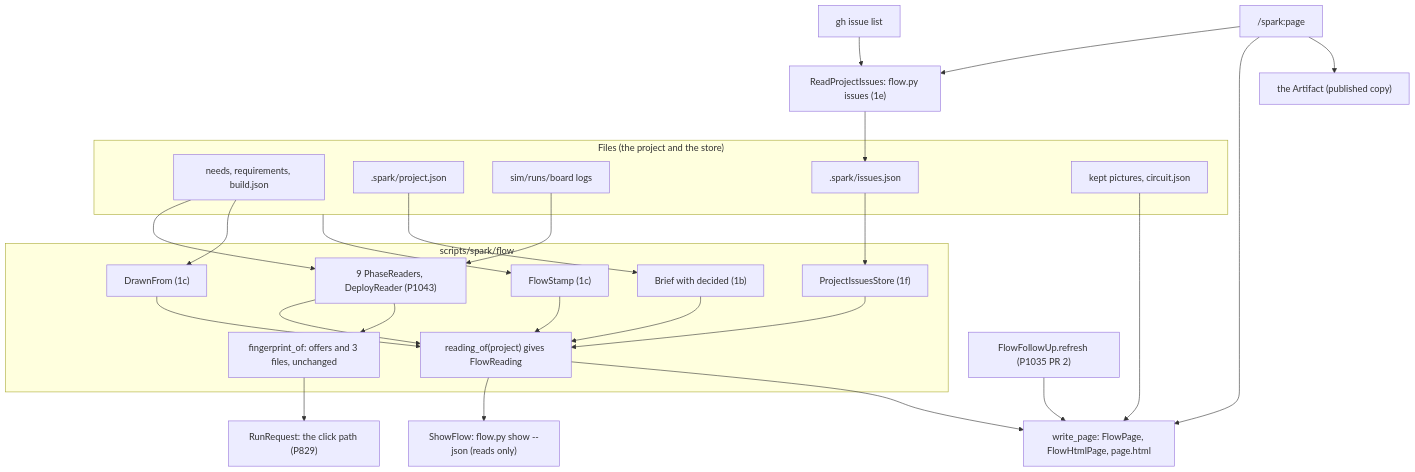
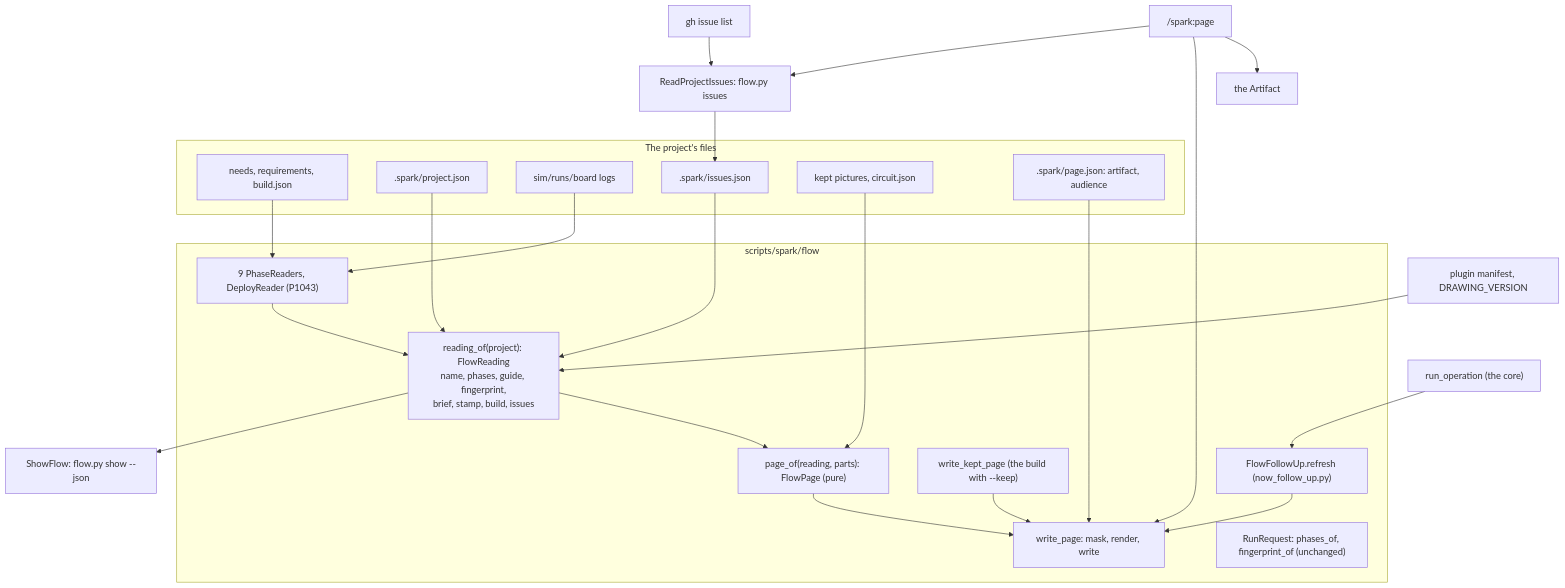
One commit to xmejkal/spark changed the first of 5 diagrams in docs/discovery/2026-11-23-p1038-page-design/design.md. Above: the diagram before and after it, drawn with Mermaid. The commit also changed other lines of this file and 1 other file, not shown here.

````diff
--- a/docs/discovery/2026-11-23-p1038-page-design/design.md
+++ b/docs/discovery/2026-11-23-p1038-page-design/design.md
@@ -43,41 +44,36 @@
 ```mermaid
 flowchart TB
-  subgraph files["Files (the project and the store)"]
+  subgraph files["The project's files"]
     F1["needs, requirements, build.json"]
     F2[".spark/project.json"]
     F3["sim/runs/board logs"]
     F4[".spark/issues.json"]
     F5["kept pictures, circuit.json"]
+    F6[".spark/page.json: artifact, audience"]
   end
   subgraph flow["scripts/spark/flow"]
     PR["9 PhaseReaders, DeployReader (P1043)"]
-    BR["Brief with decided (1b)"]
-    ST["FlowStamp (1c)"]
-    DF["DrawnFrom (1c)"]
-    IS["ProjectIssuesStore (1f)"]
-    RD["reading_of(project) gives FlowReading"]
-    FP["fingerprint_of: offers and 3 files, unchanged"]
+    RD["reading_of(project): FlowReading<br/>name, phases, guide, fingerprint,<br/>brief, stamp, build, issues"]
+    PO["page_of(reading, parts): FlowPage (pure)"]
+    WP["write_page: mask, render, write"]
+    KP["write_kept_page (the build with --keep)"]
+    RR["RunRequest: phases_of, fingerprint_of (unchanged)"]
+    FU["FlowFollowUp.refresh (now_follow_up.py)"]
   end
-  F1 --> PR
+  F1 --> PR --> RD
   F3 --> PR
-  F2 --> BR
-  F1 --> DF
-  F4 --> IS
-  files --> ST
-  PR --> RD
-  BR --> RD
-  ST --> RD
-  DF --> RD
-  IS --> RD
-  PR --> FP
-  RD --> SH["ShowFlow: flow.py show --json (reads only)"]
-  RD --> WP["write_page: FlowPage, FlowHtmlPage, page.html"]
-  F5 --> WP
-  FP --> RR["RunRequest: the click path (P829)"]
-  GH["gh issue list"] --> RI["ReadProjectIssues: flow.py issues (1e)"]
-  RI --> F4
-  HK["FlowFollowUp.refresh (P1035 PR 2)"] --> WP
+  F2 --> RD
+  F4 --> RD
+  MF["plugin manifest, DRAWING_VERSION"] --> RD
+  RD --> SH["ShowFlow: flow.py show --json"]
+  RD --> PO --> WP
+  F5 --> PO
+  F6 --> WP
+  KP --> WP
+  FU --> WP
+  CORE["run_operation (the core)"] --> FU
+  GH["gh issue list"] --> RI["ReadProjectIssues: flow.py issues"] --> F4
   SP["/spark:page"] --> RI
   SP --> WP
-  SP --> AR["the Artifact (published copy)"]
+  SP --> AR["the Artifact"]
 ```
````
